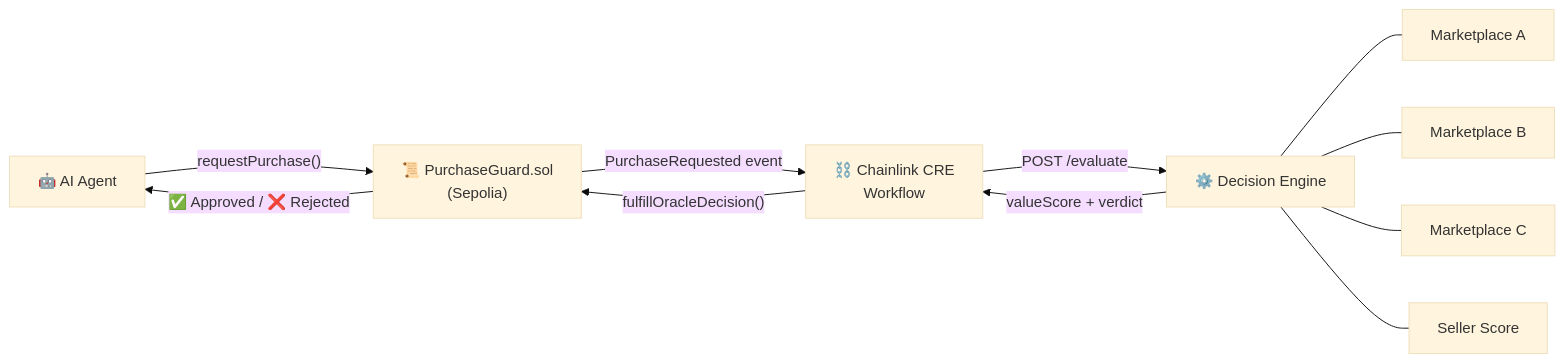
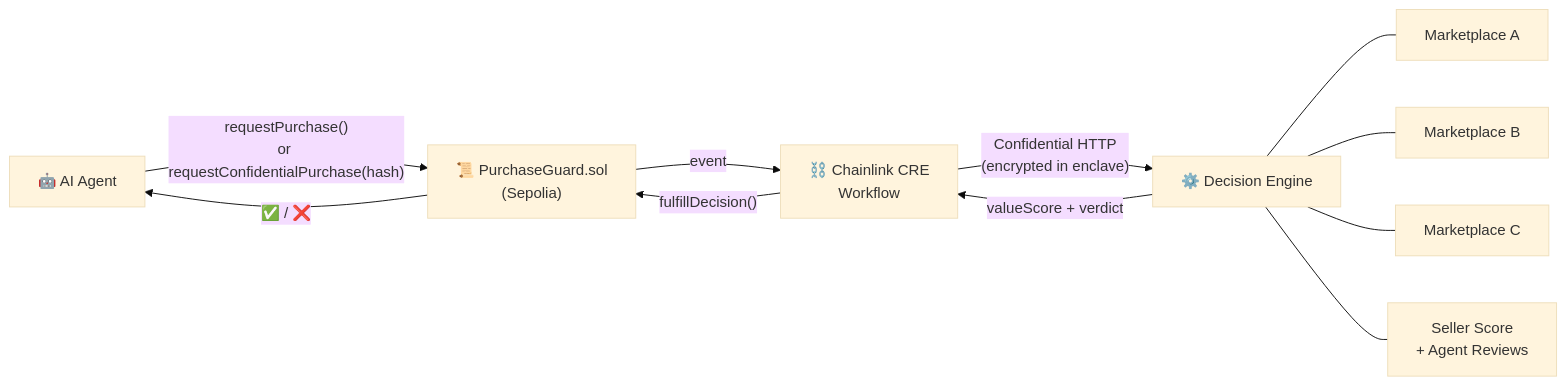
One commit to LeventLabs/ValueOracle changed the diagram in README.md. Above: the diagram before and after it, drawn with Mermaid (base theme). The commit also changed other lines of this file and 5 other files, not shown here.

Commit message:
feat: privacy layer — confidential purchases via commit-reveal + Confidential HTTP workflow

````diff
--- a/README.md
+++ b/README.md
@@ -37,22 +37,22 @@
 ```mermaid
 flowchart LR
     Agent["🤖 AI Agent"]
     Contract["📜 PurchaseGuard.sol\n(Sepolia)"]
     CRE["⛓️ Chainlink CRE\nWorkflow"]
     Engine["⚙️ Decision Engine"]
     MA["Marketplace A"]
     MB["Marketplace B"]
     MC["Marketplace C"]
-    SS["Seller Score"]
+    SS["Seller Score\n+ Agent Reviews"]
 
-    Agent -->|"requestPurchase()"| Contract
-    Contract -->|"PurchaseRequested event"| CRE
-    CRE -->|"POST /evaluate"| Engine
+    Agent -->|"requestPurchase()\nor requestConfidentialPurchase(hash)"| Contract
+    Contract -->|"event"| CRE
+    CRE -->|"Confidential HTTP\n(encrypted in enclave)"| Engine
     Engine --- MA
     Engine --- MB
     Engine --- MC
     Engine --- SS
     Engine -->|"valueScore + verdict"| CRE
-    CRE -->|"fulfillOracleDecision()"| Contract
-    Contract -->|"✅ Approved / ❌ Rejected"| Agent
+    CRE -->|"fulfillDecision()"| Contract
+    Contract -->|"✅ / ❌"| Agent
 ```
````
